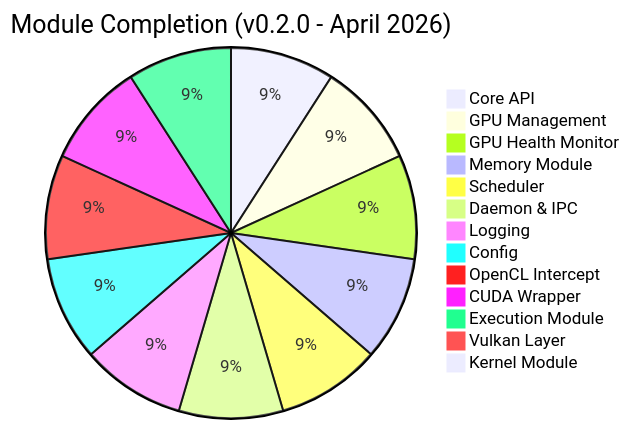
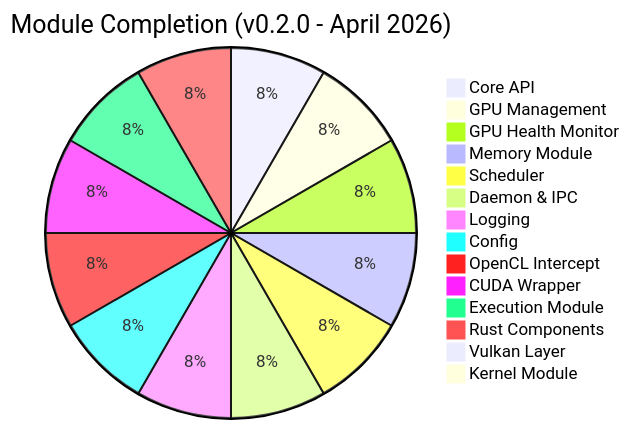
Before and after one commit to TheCreateGM/mvgal: the second of 10 diagrams in docs/PROGRESS.md, drawn with Mermaid. The commit also changed other lines of this file and 251 other files, not shown here.

````diff
--- a/docs/PROGRESS.md
+++ b/docs/PROGRESS.md
@@ -62,17 +65,18 @@
 ```mermaid
 pie
     title Module Completion (v0.2.0 - April 2026)
     "Core API" : 100
     "GPU Management" : 100
     "GPU Health Monitor" : 100
     "Memory Module" : 100
     "Scheduler" : 100
     "Daemon & IPC" : 100
     "Logging" : 100
     "Config" : 100
     "OpenCL Intercept" : 100
     "CUDA Wrapper" : 100
     "Execution Module" : 100
+    "Rust Components" : 100
     "Vulkan Layer" : 5
     "Kernel Module" : 0
 ```
````
